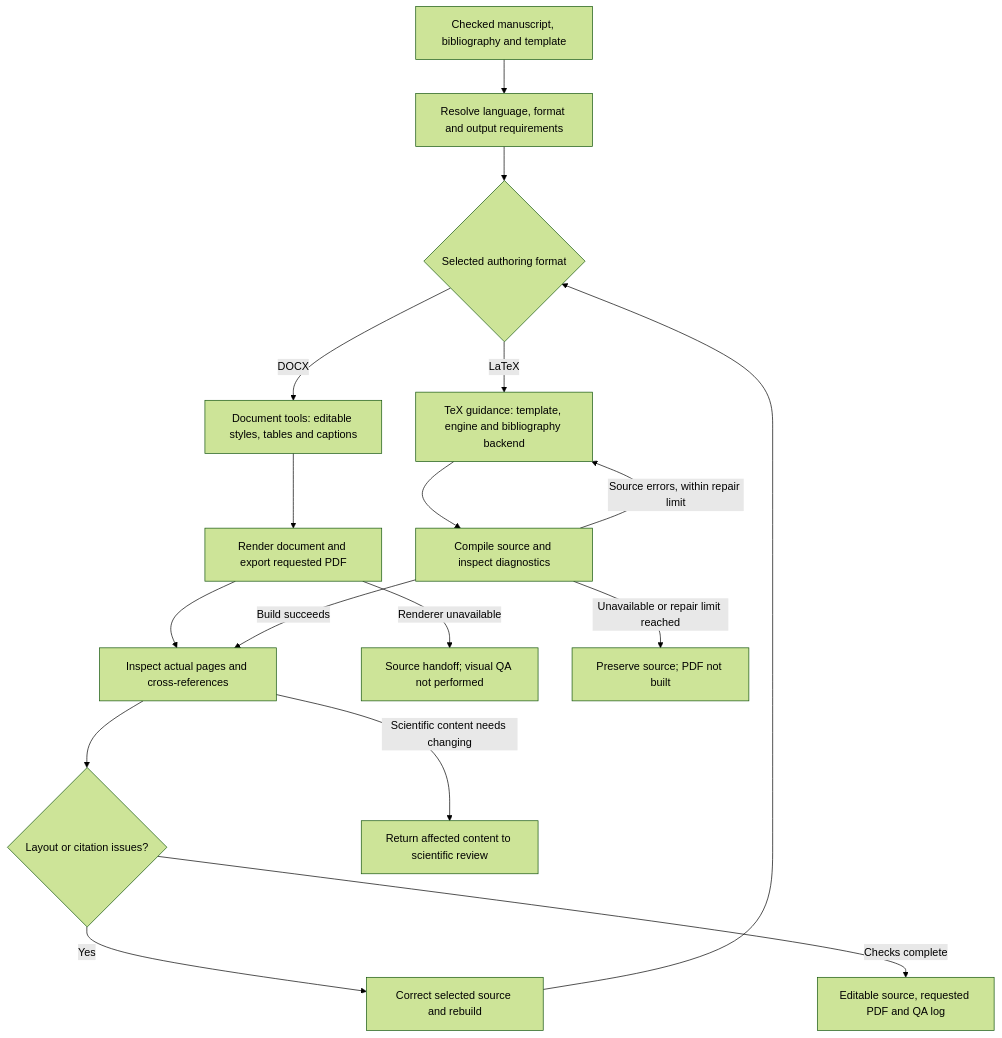
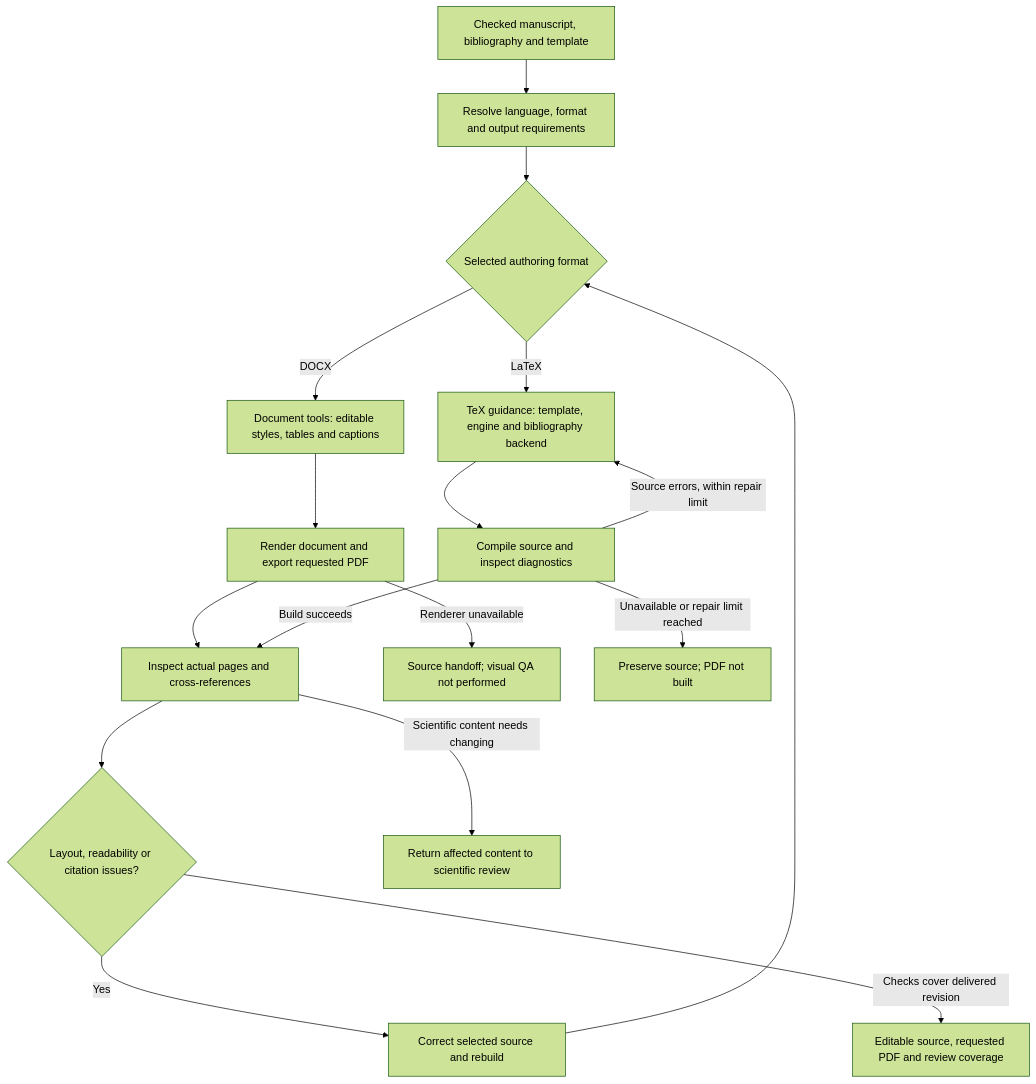
Before and after one commit to vage88sg1/agentic-research-workflows: the third of 9 diagrams in docs/WORKFLOW_GUIDE.md, drawn with Mermaid (forest theme). The commit also changed other lines of this file and 23 other files, not shown here.

````diff
--- a/docs/WORKFLOW_GUIDE.md
+++ b/docs/WORKFLOW_GUIDE.md
@@ -245,19 +263,19 @@
 ```mermaid
 flowchart TD
   A[Checked manuscript, bibliography and template] --> B[Resolve language, format and output requirements]
   B --> C{Selected authoring format}
   C -->|DOCX| D[Document tools: editable styles, tables and captions]
   C -->|LaTeX| E[TeX guidance: template, engine and bibliography backend]
   D --> F[Render document and export requested PDF]
   E --> G[Compile source and inspect diagnostics]
   G -->|Source errors, within repair limit| E
   F --> H[Inspect actual pages and cross-references]
   G -->|Build succeeds| H
-  H --> I{Layout or citation issues?}
+  H --> I{Layout, readability or citation issues?}
   I -->|Yes| J[Correct selected source and rebuild]
   J --> C
-  I -->|Checks complete| K[Editable source, requested PDF and QA log]
+  I -->|Checks cover delivered revision| K[Editable source, requested PDF and review coverage]
   F -->|Renderer unavailable| L[Source handoff; visual QA not performed]
   G -->|Unavailable or repair limit reached| M[Preserve source; PDF not built]
   H -->|Scientific content needs changing| N[Return affected content to scientific review]
 ```
````
